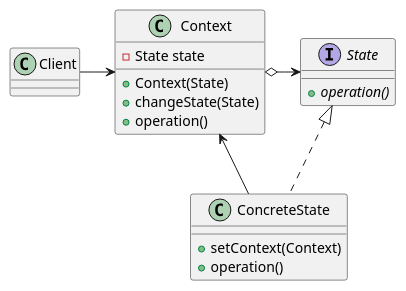
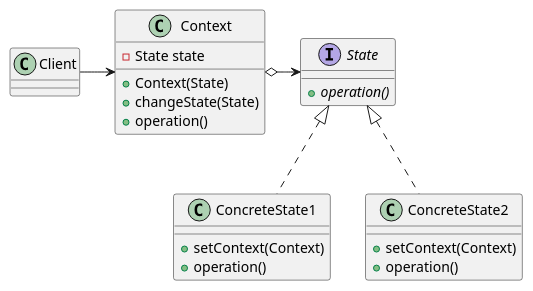
The diagram in design-pattern/src/chapter7_state/uml/state.puml (ohtaeg/TIL), drawn with PlantUML before and after one commit. The commit also changed 21 other files, not shown here.

```diff
--- a/design-pattern/src/chapter7_state/uml/state.puml
+++ b/design-pattern/src/chapter7_state/uml/state.puml
@@ -1,25 +1,28 @@
 @startuml
 
 class Context {
     - State state
 
     + Context(State)
     + changeState(State)
     + operation()
 }
 
 interface State {
     + {abstract} operation()
 }
 
-class ConcreteState implements State {
+class ConcreteState1 implements State {
+    + setContext(Context)
+    + operation()
+}
+
+class ConcreteState2 implements State {
     + setContext(Context)
     + operation()
 }
 
 Client -> Context
 Context o-> State
 
-ConcreteState -> Context
-
 @enduml
```
